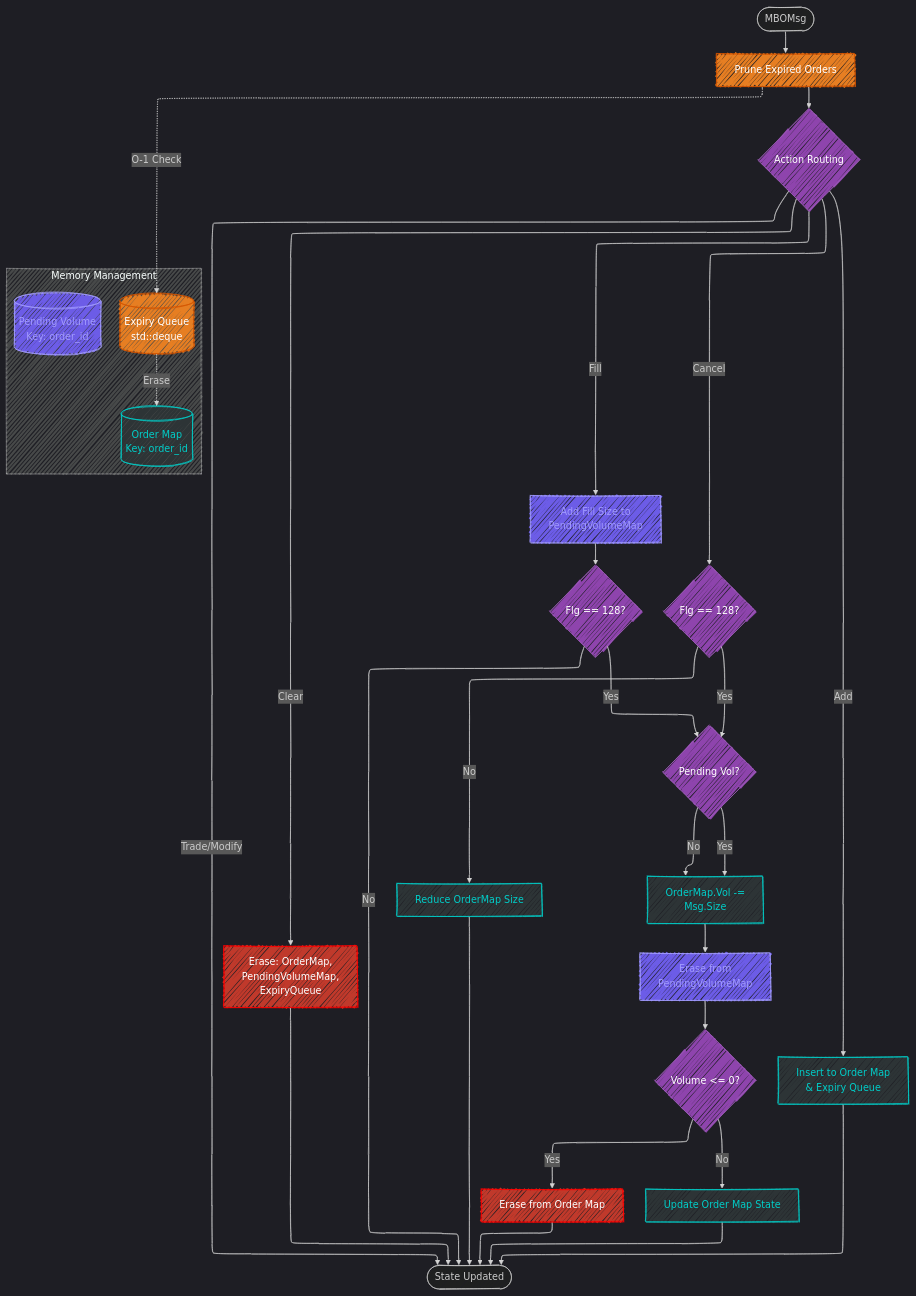
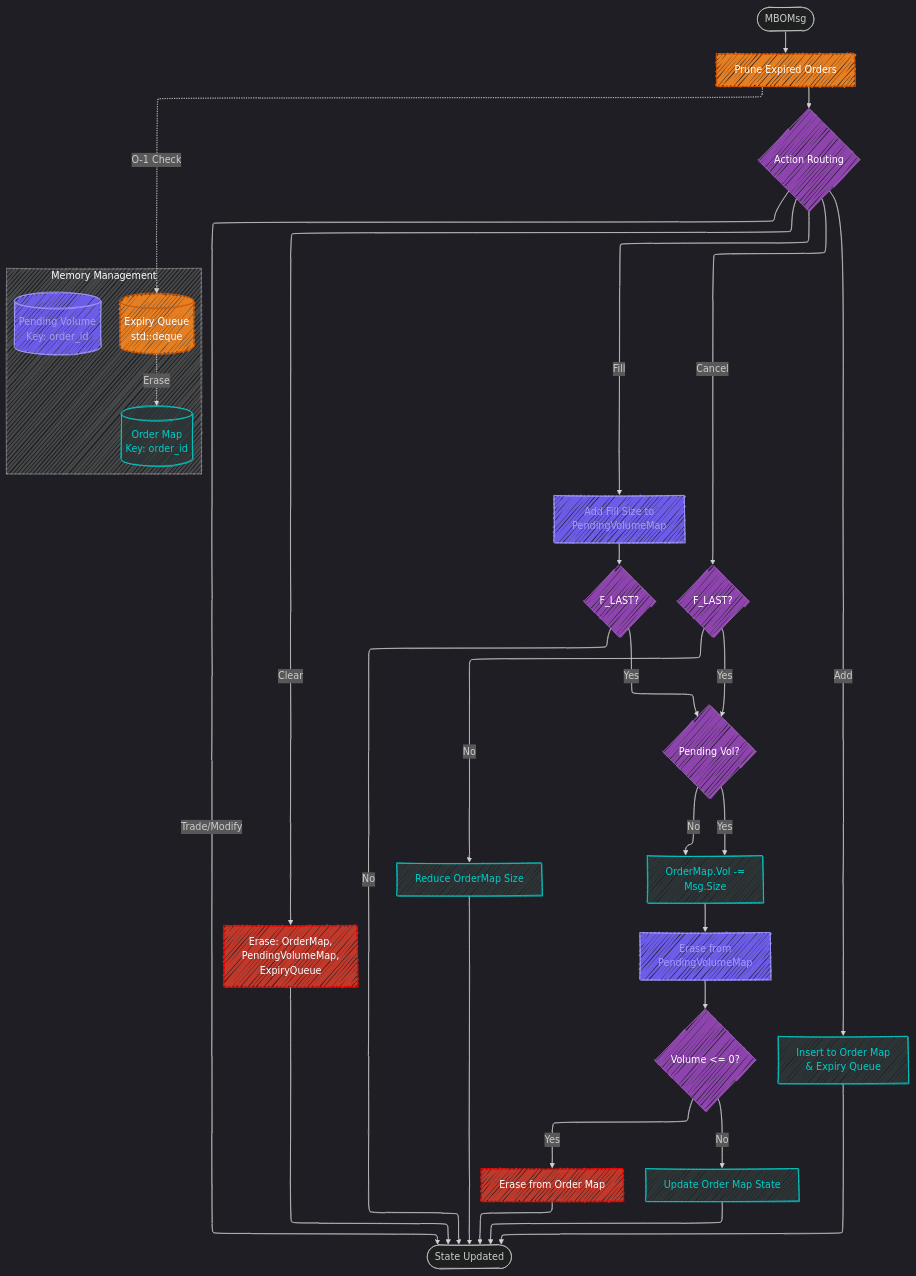
Before and after one commit to Alexerby/thesis-code: the second of 2 diagrams in docs/Order Lifespan/Tracking.md, drawn with Mermaid.

Commit message:
docs: "Flg == 128?" changed to F_LAST

````diff
--- a/docs/Order Lifespan/Tracking.md
+++ b/docs/Order Lifespan/Tracking.md
@@ -73,74 +73,74 @@
 ```mermaid
 ---
 config:
   layout: elk
   look: handDrawn
   theme: dark
 ---
 flowchart TB
     A([MBOMsg]) --> Prune[Prune Expired Orders]
     Prune --> Action{Action Routing}
 
     %% EXPIRE LOGIC
     Prune -.->|O-1 Check| ExpiryQueue
     ExpiryQueue -.->|Erase| OrderMap
 
     %% FILL BRANCH
     Action -->|Fill| Accumulate[Add Fill Size to<br/>PendingVolumeMap]
-    Accumulate --> IsFillLast{Flg == 128?}
+    Accumulate --> IsFillLast{F_LAST?}
     IsFillLast -->|Yes| CheckStaged
     IsFillLast -->|No| End([State Updated])
 
     %% CANCEL BRANCH
-    Action -->|Cancel| IsCancelLast{Flg == 128?}
+    Action -->|Cancel| IsCancelLast{F_LAST?}
     IsCancelLast -->|No| PureCancel[Reduce OrderMap Size]
     IsCancelLast -->|Yes| CheckStaged{Pending Vol?}
     
     %% CLEAR BRANCH
     Action -->|Clear| Reset[Erase: OrderMap,<br/>PendingVolumeMap,<br/>ExpiryQueue]
     Reset --> End
 
     %% RECONCILIATION
     CheckStaged -->|Yes| Reconcile[OrderMap.Vol -=<br/>Staged + Msg.Size]
     CheckStaged -->|No| Reconcile[OrderMap.Vol -=<br/>Msg.Size]
     
     Reconcile --> ClearStaged[Erase from<br/>PendingVolumeMap]
     ClearStaged --> VolCheck
 
     %% POST-RECONCILE & ADD
     Action -->|Add| NewOrder[Insert to Order Map<br/>& Expiry Queue]
     NewOrder --> End
     
     VolCheck{Volume <= 0?}
     VolCheck -->|Yes| EraseOrder[Erase from Order Map]
     VolCheck -->|No| UpdateState[Update Order Map State]
     
     EraseOrder --> End
     UpdateState --> End
     PureCancel --> End
 
     %% OTHER BRANCHES
     Action -->|Trade/Modify| End
 
     subgraph Storage [Memory Management]
         OrderMap[(Order Map<br/>Key: order_id)]
         PendingVolumeMap[(Pending Volume<br/>Key: order_id)]
         ExpiryQueue[(Expiry Queue<br/>std::deque)]
     end
 
     %% --- CLASS DEFINITIONS ---
     classDef decision fill:#8e44ad,stroke:#9b59b6,color:#fff
     classDef storage fill:#2d3436,stroke:#00cec9,color:#00cec9
     classDef staging fill:#6c5ce7,stroke:#a29bfe,color:#a29bfe
     classDef expiry fill:#e67e22,stroke:#d35400,color:#fff
     classDef destructive fill:#c0392b,stroke:#ff0000,color:#fff
 
     %% --- APPLYING CLASSES ---
     class Action,IsFillLast,IsCancelLast,CheckStaged,VolCheck decision
     
     %% Storage & Linked Logic
     class OrderMap,NewOrder,EraseOrder,UpdateState,Reconcile,PureCancel storage
     class PendingVolumeMap,Accumulate,ClearStaged staging
     class ExpiryQueue,Prune expiry
     class EraseOrder,Reset destructive
 ```
````
